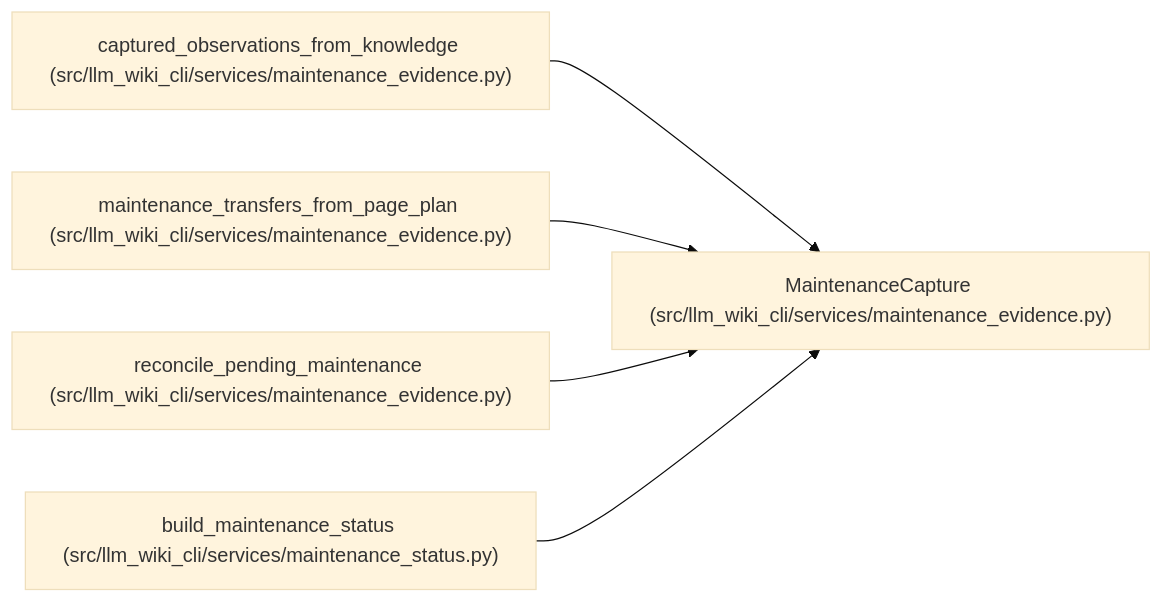
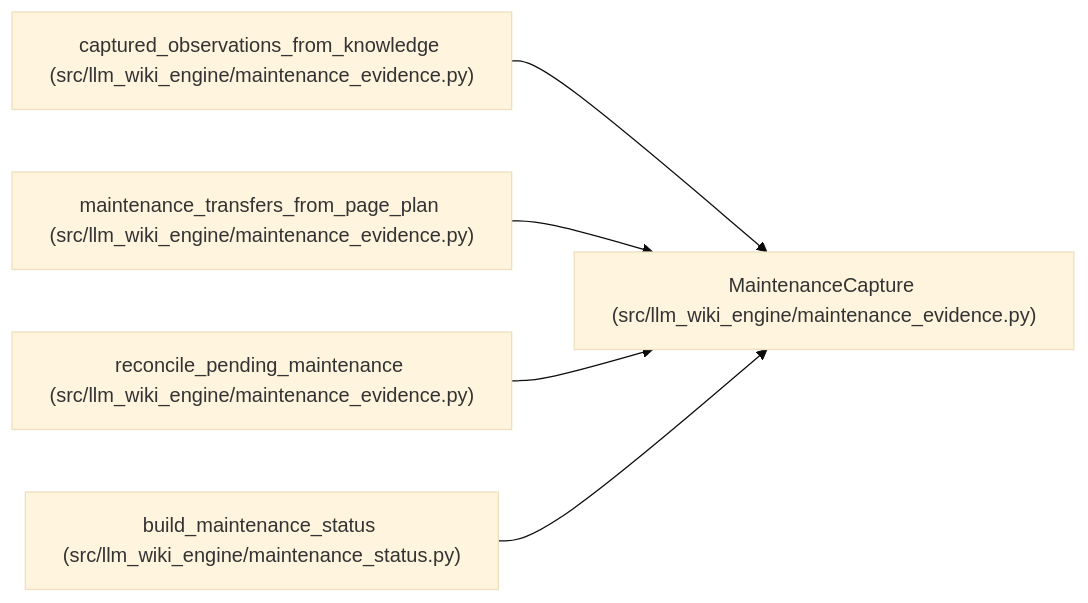
The diagram in docs/llm_wiki/entities/MaintenanceCapture.md (Denissvgn/python-wiki-llm), drawn with Mermaid (base theme) before and after one commit. The commit also changed other lines of this file and 1058 other files, not shown here.

First line of the commit message:
docs: refresh the wiki for the knowledge store move

````diff
--- a/docs/llm_wiki/entities/MaintenanceCapture.md
+++ b/docs/llm_wiki/entities/MaintenanceCapture.md
@@ -37,17 +37,17 @@
 ```mermaid
 flowchart LR
-    n0["MaintenanceCapture (src/llm_wiki_cli/services/maintenance_evidence.py)"]
-    n1["captured_observations_from_knowledge (src/llm_wiki_cli/services/maintenance_evidence.py)"]
-    n2["maintenance_transfers_from_page_plan (src/llm_wiki_cli/services/maintenance_evidence.py)"]
-    n3["reconcile_pending_maintenance (src/llm_wiki_cli/services/maintenance_evidence.py)"]
-    n4["build_maintenance_status (src/llm_wiki_cli/services/maintenance_status.py)"]
+    n0["MaintenanceCapture (src/llm_wiki_engine/maintenance_evidence.py)"]
+    n1["captured_observations_from_knowledge (src/llm_wiki_engine/maintenance_evidence.py)"]
+    n2["maintenance_transfers_from_page_plan (src/llm_wiki_engine/maintenance_evidence.py)"]
+    n3["reconcile_pending_maintenance (src/llm_wiki_engine/maintenance_evidence.py)"]
+    n4["build_maintenance_status (src/llm_wiki_engine/maintenance_status.py)"]
     n1 --> n0
     n2 --> n0
     n3 --> n0
     n4 --> n0
     click n0 "../modules/maintenance_evidence.md"
     click n1 "../modules/maintenance_evidence.md"
     click n2 "../modules/maintenance_evidence.md"
     click n3 "../modules/maintenance_evidence.md"
     click n4 "../modules/maintenance_status.md"
 ```
````
